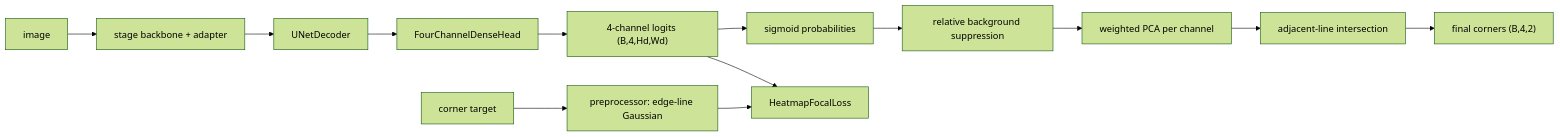
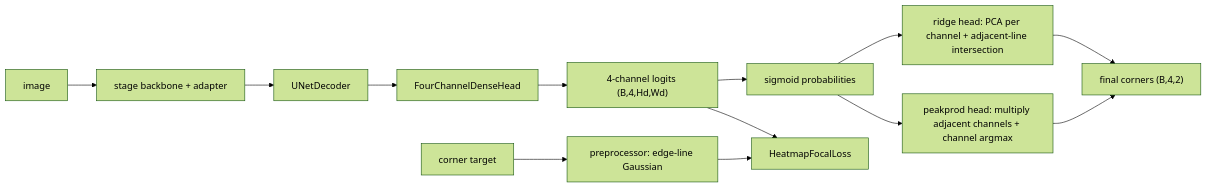
One commit to nampluskr/roi-corner-detection-ver3 changed diagram 11 of 16 in slides/outline.md. Above: the diagram before and after it, drawn with Mermaid (forest theme). The commit also changed other lines of this file and 21 other files, not shown here.

````diff
--- a/slides/outline.md
+++ b/slides/outline.md
@@ -387,15 +421,15 @@
 ```mermaid
 flowchart LR
   A["image"] --> B["stage backbone + adapter"]
   B --> C[UNetDecoder]
   C --> D[FourChannelDenseHead]
   D --> E["4-channel logits (B,4,Hd,Wd)"]
   E --> F[sigmoid probabilities]
-  F --> G[relative background suppression]
-  G --> H[weighted PCA per channel]
-  H --> I[adjacent-line intersection]
-  I --> J["final corners (B,4,2)"]
+  F --> G["ridge head: PCA per channel + adjacent-line intersection"]
+  F --> H["peakprod head: multiply adjacent channels + channel argmax"]
+  G --> J["final corners (B,4,2)"]
+  H --> J
   K["corner target"] --> L["preprocessor: edge-line Gaussian"]
   L --> M[HeatmapFocalLoss]
   E --> M
 ```
````
